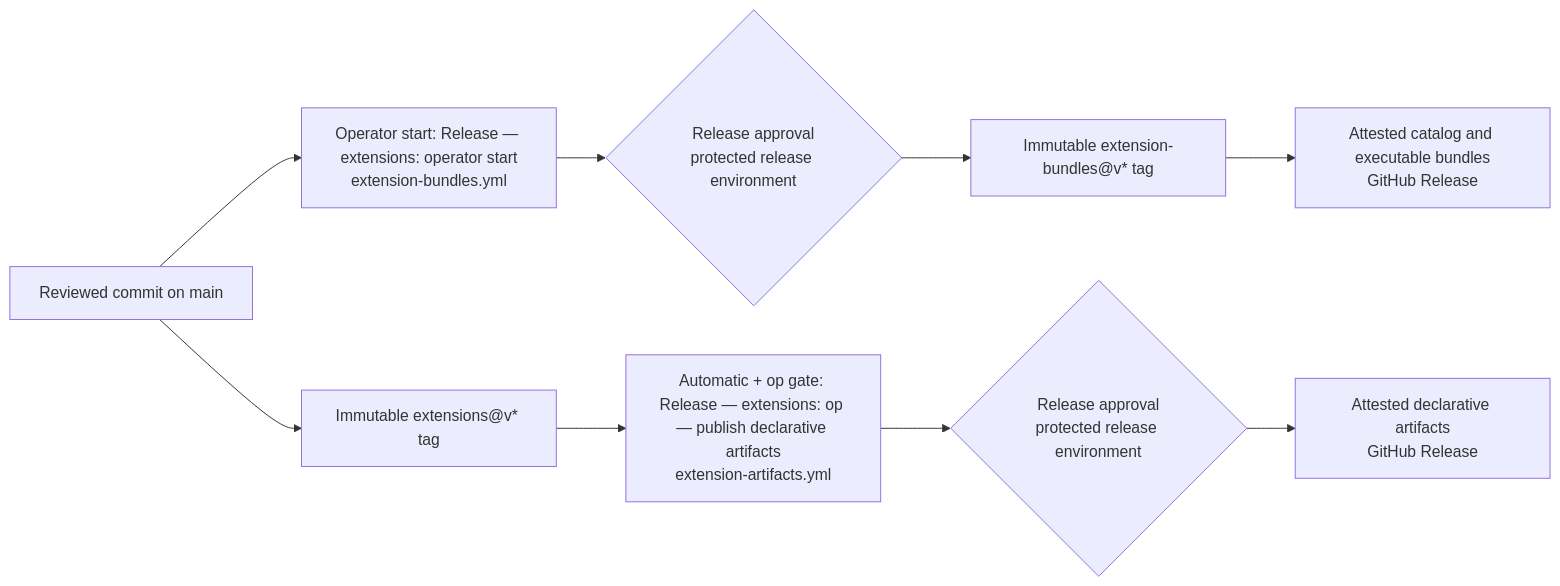
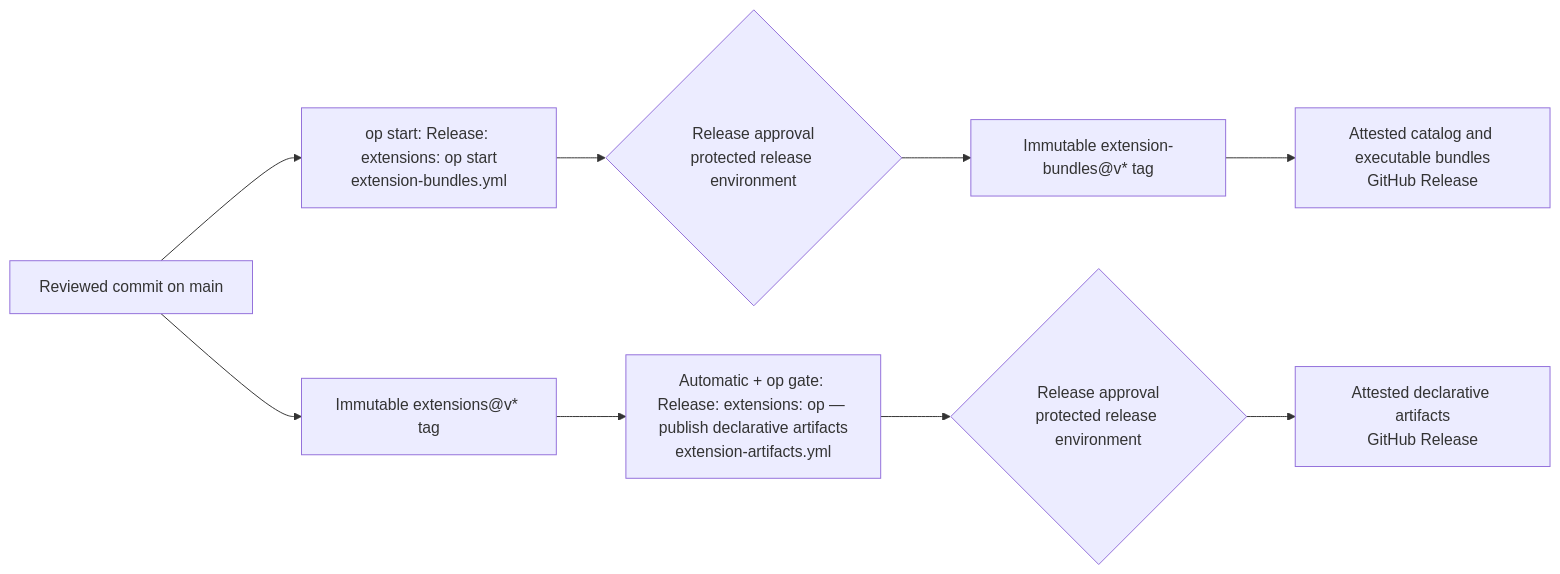
The second of 2 diagrams in docs/DEVELOPMENT-PIPELINE.md (jimhoyd-com/urlcode), drawn with Mermaid before and after one commit. The commit also changed other lines of this file and 8 other files, not shown here.

````diff
--- a/docs/DEVELOPMENT-PIPELINE.md
+++ b/docs/DEVELOPMENT-PIPELINE.md
@@ -252,15 +252,15 @@
 ```mermaid
 flowchart LR
   main[Reviewed commit on main]
-  bundles["Operator start: Release — extensions: operator start\nextension-bundles.yml"]
+  bundles["op start: Release: extensions: op start\nextension-bundles.yml"]
   bundleTag[Immutable extension-bundles@v* tag]
   bundleApproval{"Release approval\nprotected release environment"}
   bundleRelease[Attested catalog and executable bundles\nGitHub Release]
   artifactTag[Immutable extensions@v* tag]
-  artifacts["Automatic + op gate: Release — extensions: op — publish declarative artifacts\nextension-artifacts.yml"]
+  artifacts["Automatic + op gate: Release: extensions: op — publish declarative artifacts\nextension-artifacts.yml"]
   artifactApproval{"Release approval\nprotected release environment"}
   artifactRelease[Attested declarative artifacts\nGitHub Release]
 
   main --> bundles --> bundleApproval --> bundleTag --> bundleRelease
   main --> artifactTag --> artifacts --> artifactApproval --> artifactRelease
 ```
````
